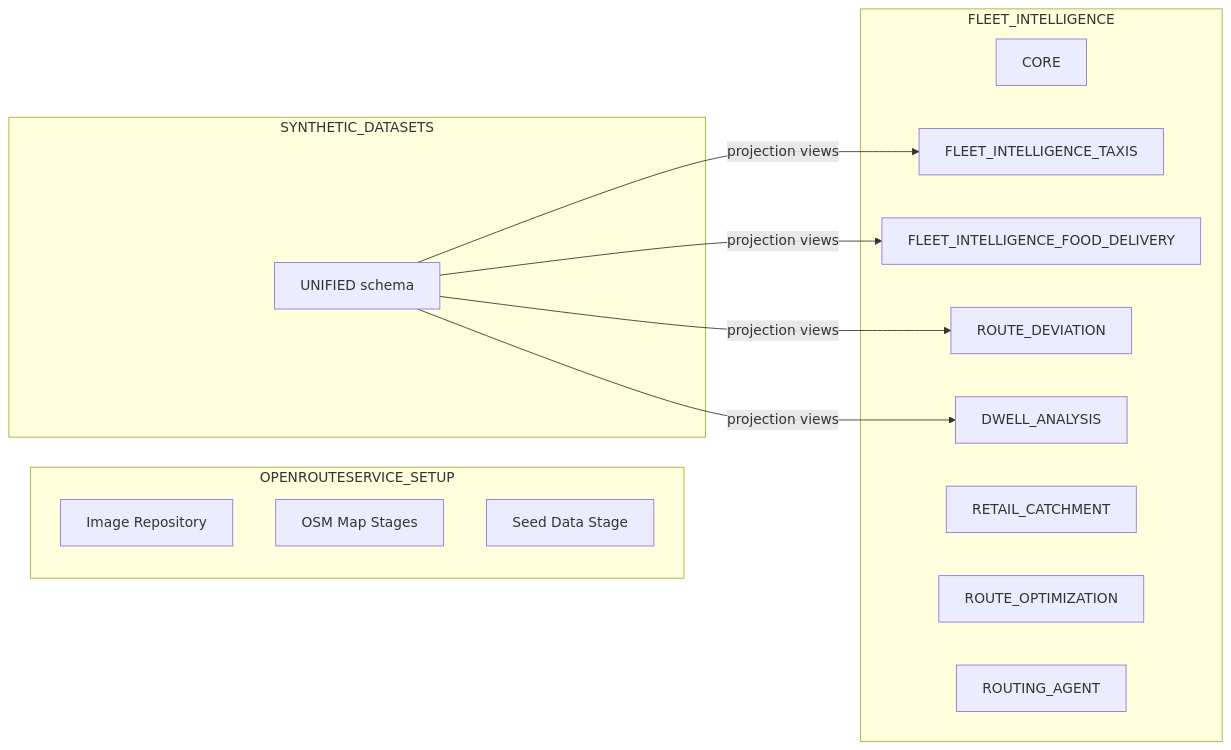
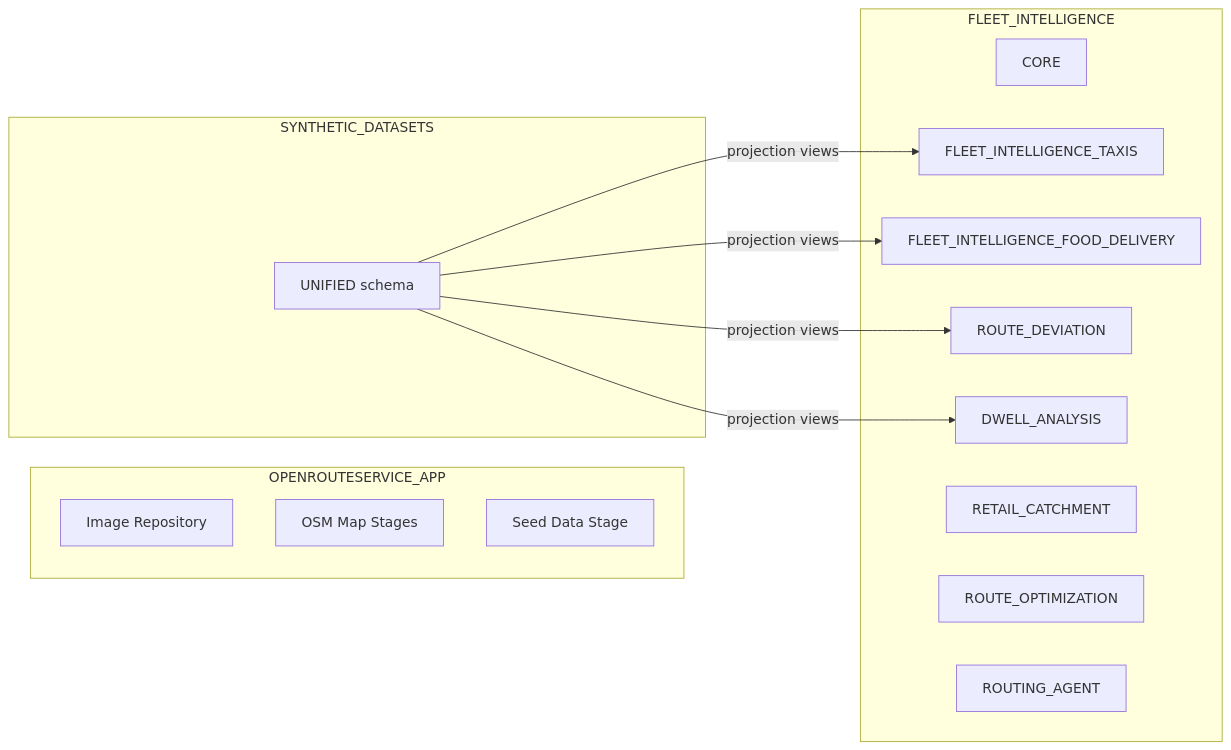
Before and after one commit to Snowflake-Labs/sfguide-create-a-route-optimisation-and-vehicle-route-plan-simulator: the second of 3 diagrams in README.md, drawn with Mermaid. The commit also changed other lines of this file and 40 other files, not shown here.

````diff
--- a/README.md
+++ b/README.md
@@ -123,28 +116,28 @@
 ```mermaid
 graph LR
-    subgraph setup ["OPENROUTESERVICE_SETUP"]
+    subgraph setup ["OPENROUTESERVICE_APP"]
         IMG[Image Repository]
         OSM[OSM Map Stages]
         SEED[Seed Data Stage]
     end
 
     subgraph synth ["SYNTHETIC_DATASETS"]
         UNI[UNIFIED schema]
     end
 
     subgraph fi ["FLEET_INTELLIGENCE"]
         CORE[CORE]
         TAX[FLEET_INTELLIGENCE_TAXIS]
         DEL[FLEET_INTELLIGENCE_FOOD_DELIVERY]
         RD[ROUTE_DEVIATION]
         DW[DWELL_ANALYSIS]
         RC[RETAIL_CATCHMENT]
         RO[ROUTE_OPTIMIZATION]
         RA[ROUTING_AGENT]
     end
 
     UNI -->|projection views| TAX
     UNI -->|projection views| DEL
     UNI -->|projection views| RD
     UNI -->|projection views| DW
 ```
````
